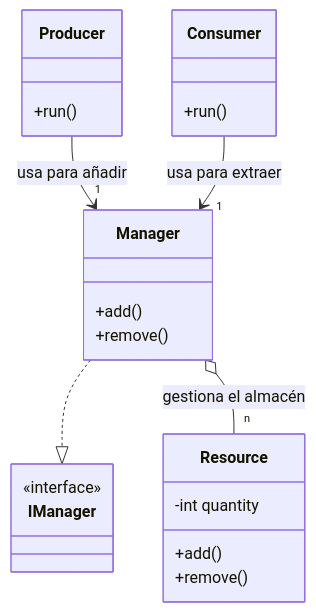
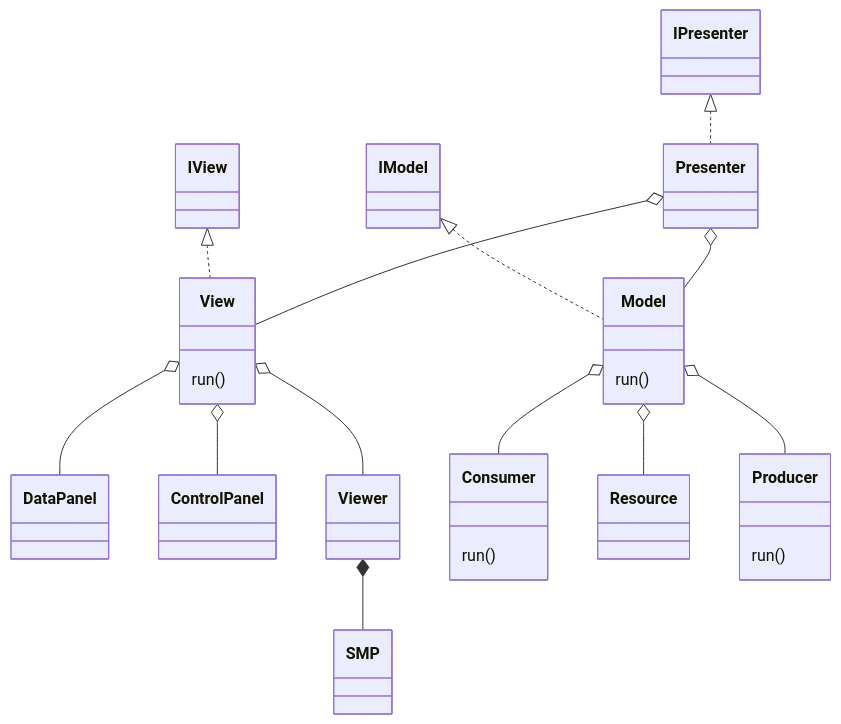
Before and after one commit to alexddios/DAM: the fourth of 4 diagrams in _Obs-DAM/DAM-2/Programación de Servicios y Procesos/Hilos.md, drawn with Mermaid. The commit also changed 5 other files, not shown here.

Commit message:
Añadidos nuevos dispositivos Samsung en deviceStreaming.xml y se implementaron las interfaces IView y IPresenter en Presenter.java y IView.java, respectivamente; se reorganizó el diagrama de clases en Hilos.md.

````diff
--- a/_Obs-DAM/DAM-2/Programación de Servicios y Procesos/Hilos.md
+++ b/_Obs-DAM/DAM-2/Programación de Servicios y Procesos/Hilos.md
@@ -221,26 +221,45 @@
 ```mermaid title:""
 classDiagram
-    class IManager {
-        <<interface>>
+    class IPresenter
+    class IView
+    class IModel
+    
+    class Presenter
+    class SMP
+    
+    class View {
+        run()
     }
-    class Manager {
-        +add()
-        +remove()
+    
+    class Model {
+        run()
     }
+    
+    class DataPanel
+    class ControlPanel
+    class Viewer
+    
+    class Consumer {
+        run()
+    }
+    class Resource
     class Producer {
-        +run()
-    }
-    class Consumer {
-        +run()
-    }
-    class Resource {
-        -int quantity
-        +add()
-        +remove()
+        run()
     }
 
-    Manager ..|> IManager
-    Producer --> "1" Manager : usa para añadir
-    Consumer --> "1" Manager : usa para extraer
-    Manager o-- "n" Resource : gestiona el almacén
+    IPresenter <|.. Presenter
+    IView <|.. View
+    IModel <|.. Model
+    
+    Presenter o-- View
+    Presenter o-- Model
+    
+    View o-- DataPanel
+    View o-- ControlPanel
+    View o-- Viewer
+    
+    Model o-- Consumer
+    Model o-- Resource
+    Model o-- Producer
+    Viewer *-- SMP
 ```
````
